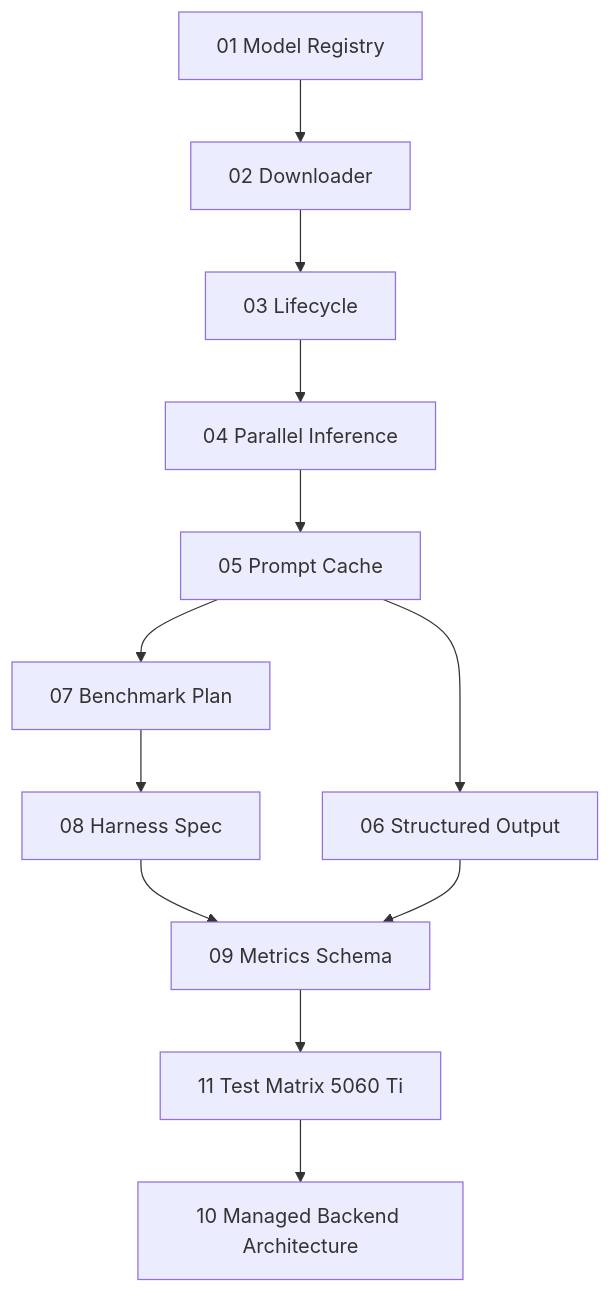
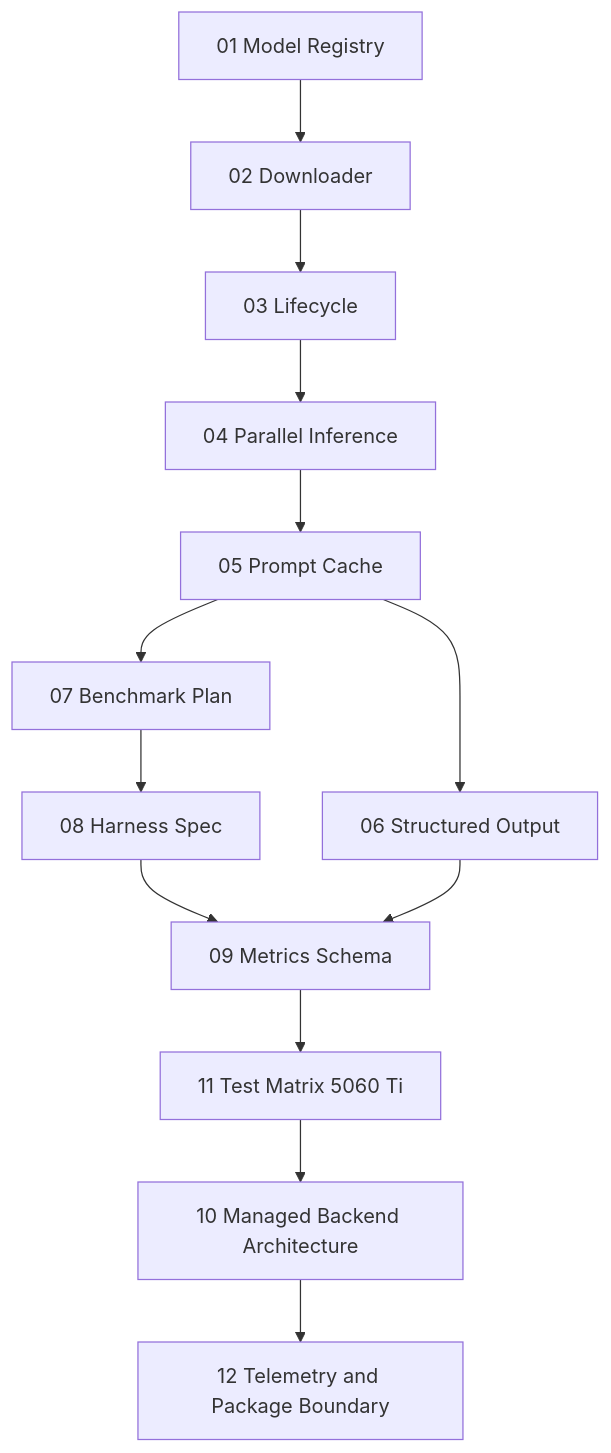
One commit to VladimirMonin/lmstudio-labkit changed the diagram in docs/lmstudio_managed_backend_docs/README.md. Above: the diagram before and after it, drawn with Mermaid. The commit also changed other lines of this file and 73 other files, not shown here.

````diff
--- a/docs/lmstudio_managed_backend_docs/README.md
+++ b/docs/lmstudio_managed_backend_docs/README.md
@@ -26,14 +27,15 @@
 ```mermaid
 graph TD
     A[01 Model Registry] --> B[02 Downloader]
     B --> C[03 Lifecycle]
     C --> D[04 Parallel Inference]
     D --> E[05 Prompt Cache]
     E --> F[07 Benchmark Plan]
     F --> G[08 Harness Spec]
     G --> H[09 Metrics Schema]
     E --> I[06 Structured Output]
     I --> H
     H --> J[11 Test Matrix 5060 Ti]
     J --> K[10 Managed Backend Architecture]
+    K --> L[12 Telemetry and Package Boundary]
 ```
````
